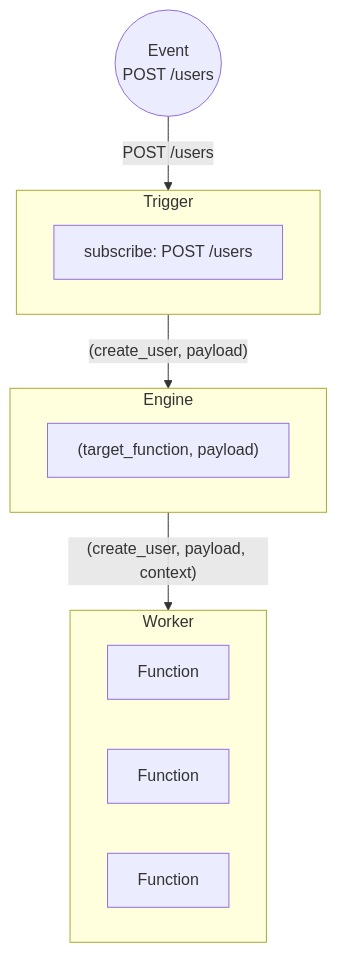
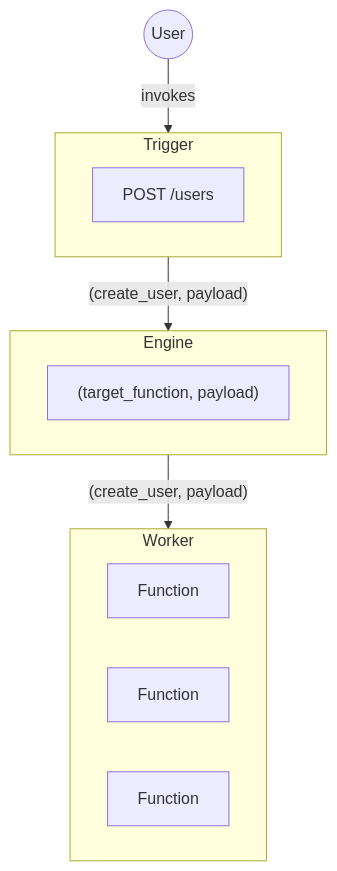
The diagram in content/concepts/engine.mdx (iii-hq/docs), drawn with Mermaid before and after one commit. The commit also changed other lines of this file and 8 other files, not shown here.

````diff
--- a/content/concepts/engine.mdx
+++ b/content/concepts/engine.mdx
@@ -9,17 +9,18 @@
 ```mermaid
 graph TB
-    Event((Event<br/>POST /users)) -->|POST /users| Trigger
+    User((User)) -->|invokes| Trigger
+
     subgraph Trigger[Trigger]
-        Config[subscribe: POST /users]
+        Config[POST /users]
     end
     subgraph Engine[Engine]
         Fn["(target_function, payload)"]
     end
     Trigger -->|"(create_user, payload)"| Engine
     subgraph Worker[Worker]
         Fn2[Function]
         Fn3[Function]
         Fn4[Function]
     end
-Engine -->|"(create_user, payload, context)"| Worker
+Engine -->|"(create_user, payload)"| Worker
 ```
````
